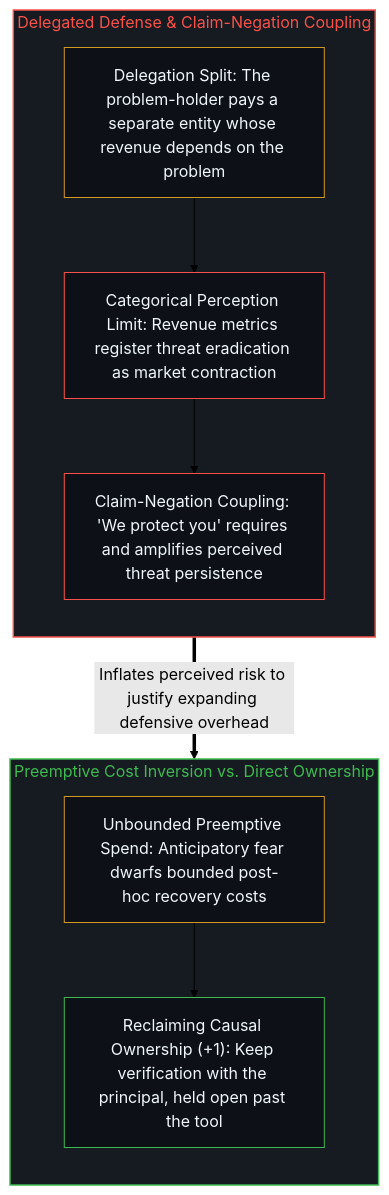
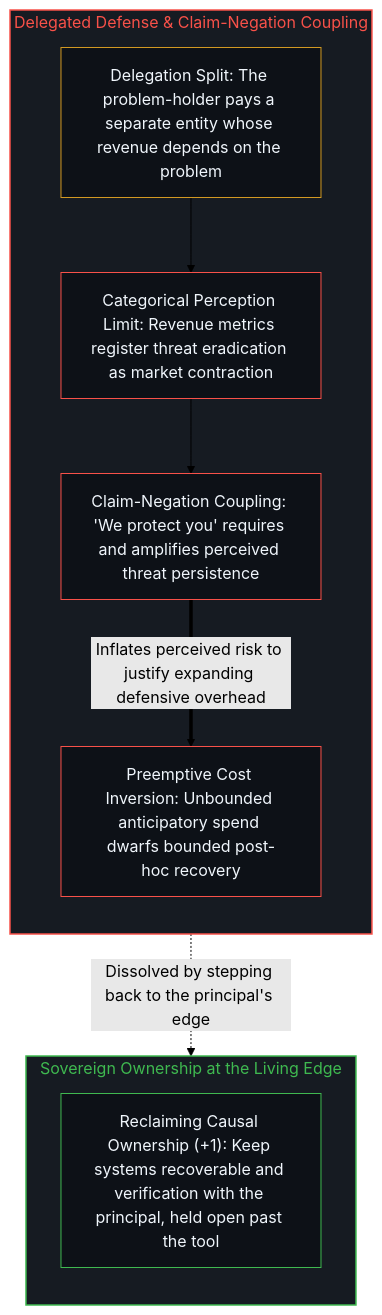
One commit to powerpig99/not-a-toe changed the second of 2 diagrams in content/posts/cybersecurity-arms-race.md. Above: the diagram before and after it, drawn with Mermaid (forest theme). The commit also changed other lines of this file and 4 other files, not shown here.

````diff
--- a/content/posts/cybersecurity-arms-race.md
+++ b/content/posts/cybersecurity-arms-race.md
@@ -44,24 +44,24 @@
 ```mermaid
 flowchart TD
     subgraph S_Loop["Delegated Defense & Claim-Negation Coupling"]
         direction TB
         Delegate["Delegation Split: The problem-holder pays a separate entity whose revenue depends on the problem"]
         Blind["Categorical Perception Limit: Revenue metrics register threat eradication as market contraction"]
         Couple["Claim-Negation Coupling: 'We protect you' requires and amplifies perceived threat persistence"]
+        Preempt["Preemptive Cost Inversion: Unbounded anticipatory spend dwarfs bounded post-hoc recovery"]
         Delegate --> Blind --> Couple
+        Couple ==>|"Inflates perceived risk to justify expanding defensive overhead"| Preempt
     end
-    subgraph S_Invert["Preemptive Cost Inversion vs. Direct Ownership"]
+    subgraph S_Direct["Sovereign Ownership at the Living Edge"]
         direction TB
-        Preempt["Unbounded Preemptive Spend: Anticipatory fear dwarfs bounded post-hoc recovery costs"]
-        Direct["Reclaiming Causal Ownership (+1): Keep verification with the principal, held open past the tool"]
-        Preempt --> Direct
+        Direct["Reclaiming Causal Ownership (+1): Keep systems recoverable and verification with the principal, held open past the tool"]
     end
-    Couple ==>|"Inflates perceived risk to justify expanding defensive overhead"| Preempt
+    Preempt -.->|"Dissolved by stepping back to the principal's edge"| Direct
     style S_Loop fill:#161b22,stroke:#f85149,stroke-width:1.5px,color:#f85149
-    style S_Invert fill:#161b22,stroke:#3fb950,stroke-width:1.5px,color:#3fb950
+    style S_Direct fill:#161b22,stroke:#3fb950,stroke-width:1.5px,color:#3fb950
     style Delegate fill:#0d1117,stroke:#d29922,stroke-width:1px,color:#f0f6fc
     style Blind fill:#0d1117,stroke:#f85149,stroke-width:1px,color:#f0f6fc
     style Couple fill:#0d1117,stroke:#f85149,stroke-width:1px,color:#f0f6fc
-    style Preempt fill:#0d1117,stroke:#d29922,stroke-width:1px,color:#f0f6fc
+    style Preempt fill:#0d1117,stroke:#f85149,stroke-width:1px,color:#f0f6fc
     style Direct fill:#0d1117,stroke:#3fb950,stroke-width:1px,color:#f0f6fc
 ```
````
